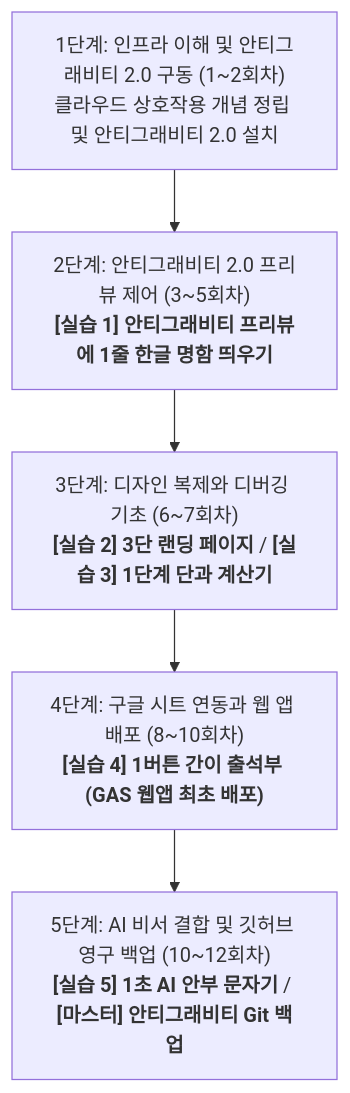
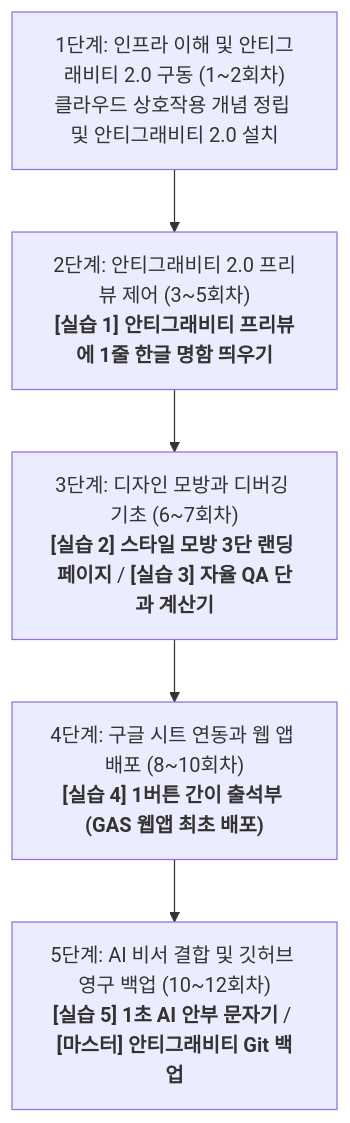
One commit to AI-aca/AIEdu changed the diagram in AI_Education_Curriculum_12Weeks.md. Above: the diagram before and after it, drawn with Mermaid. The commit also changed other lines of this file, not shown here.

````diff
--- a/AI_Education_Curriculum_12Weeks.md
+++ b/AI_Education_Curriculum_12Weeks.md
@@ -14,7 +14,7 @@
 ```mermaid
 graph TD
     A["1단계: 인프라 이해 및 안티그래비티 2.0 구동 (1~2회차)<br>클라우드 상호작용 개념 정립 및 안티그래비티 2.0 설치"] --> B["2단계: 안티그래비티 2.0 프리뷰 제어 (3~5회차)<br><b>[실습 1] 안티그래비티 프리뷰에 1줄 한글 명함 띄우기</b>"]
-    B --> C["3단계: 디자인 복제와 디버깅 기초 (6~7회차)<br><b>[실습 2] 3단 랜딩 페이지</b> / <b>[실습 3] 1단계 단과 계산기</b>"]
+    B --> C["3단계: 디자인 모방과 디버깅 기초 (6~7회차)<br><b>[실습 2] 스타일 모방 3단 랜딩 페이지</b> / <b>[실습 3] 자율 QA 단과 계산기</b>"]
     C --> D["4단계: 구글 시트 연동과 웹 앱 배포 (8~10회차)<br><b>[실습 4] 1버튼 간이 출석부 (GAS 웹앱 최초 배포)</b>"]
     D --> E["5단계: AI 비서 결합 및 깃허브 영구 백업 (10~12회차)<br><b>[실습 5] 1초 AI 안부 문자기</b> / <b>[마스터] 안티그래비티 Git 백업</b>"]
 ```
````
